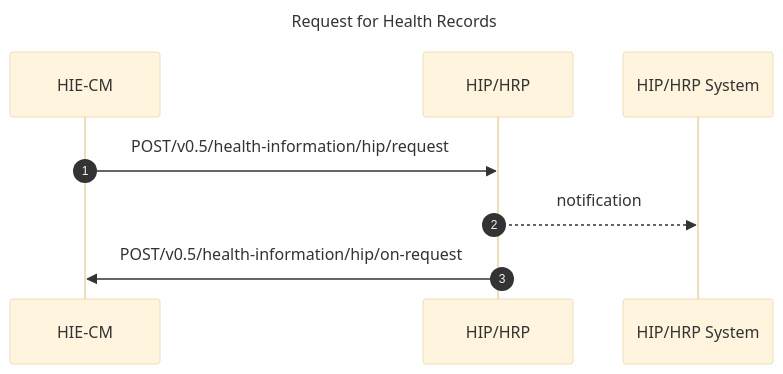
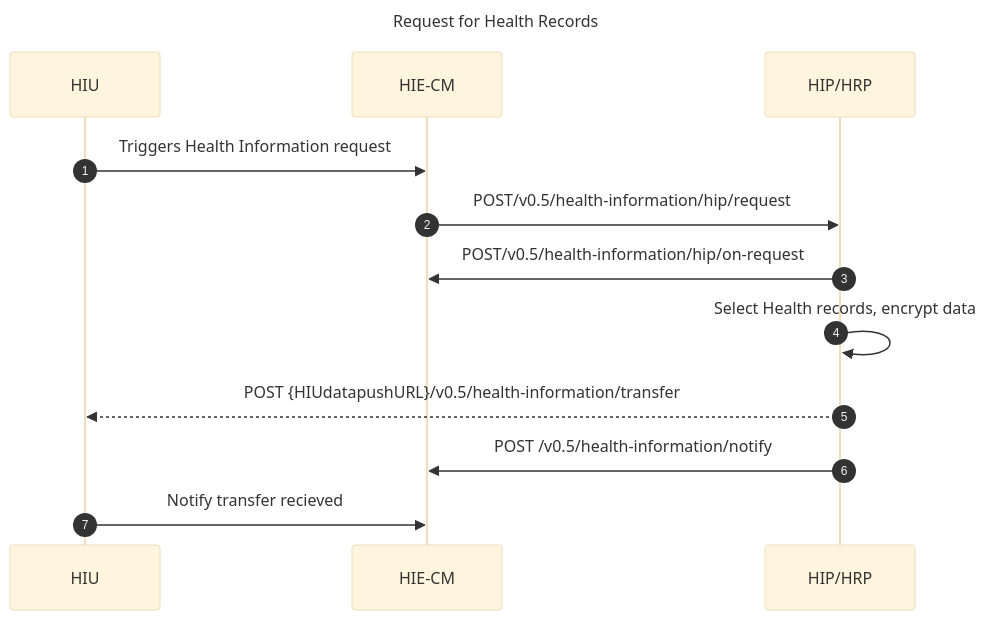
Before and after one commit to kiranma72/abdm-docs: the diagram in content/3-milestone2/request-health-records.md, drawn with Mermaid (base theme). The commit also changed other lines of this file and 6 other files, not shown here.

```diff
--- a/content/3-milestone2/request-health-records.md
+++ b/content/3-milestone2/request-health-records.md
@@ -38,9 +41,13 @@
 {{< mermaid >}}
 %%{init:{"fontSize": "1.0rem", "sequence":{"showSequenceNumbers":true}}}%%
 sequenceDiagram
 title Request for Health Records 
+HIU->>HIE-CM: Triggers Health Information request 
 HIE-CM->>HIP/HRP:POST/v0.5/health-information/hip/request
 activate HIP/HRP
-HIP/HRP-->>HIP/HRP System:notification
 HIP/HRP->>HIE-CM:POST/v0.5/health-information/hip/on-request
+HIP/HRP->>HIP/HRP: Select Health records, encrypt data
+HIP/HRP-->>HIU: POST {HIUdatapushURL}/v0.5/health-information/transfer
+HIP/HRP->>HIE-CM: POST /v0.5/health-information/notify
+HIU->>HIE-CM: Notify transfer recieved
 {{< /mermaid >}}
```
